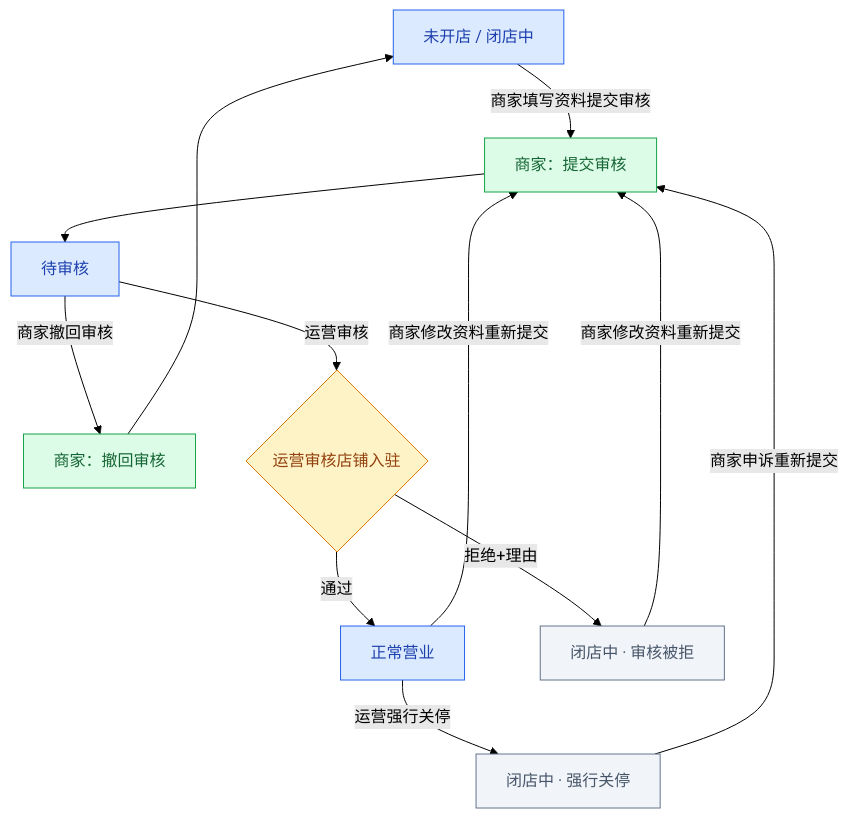
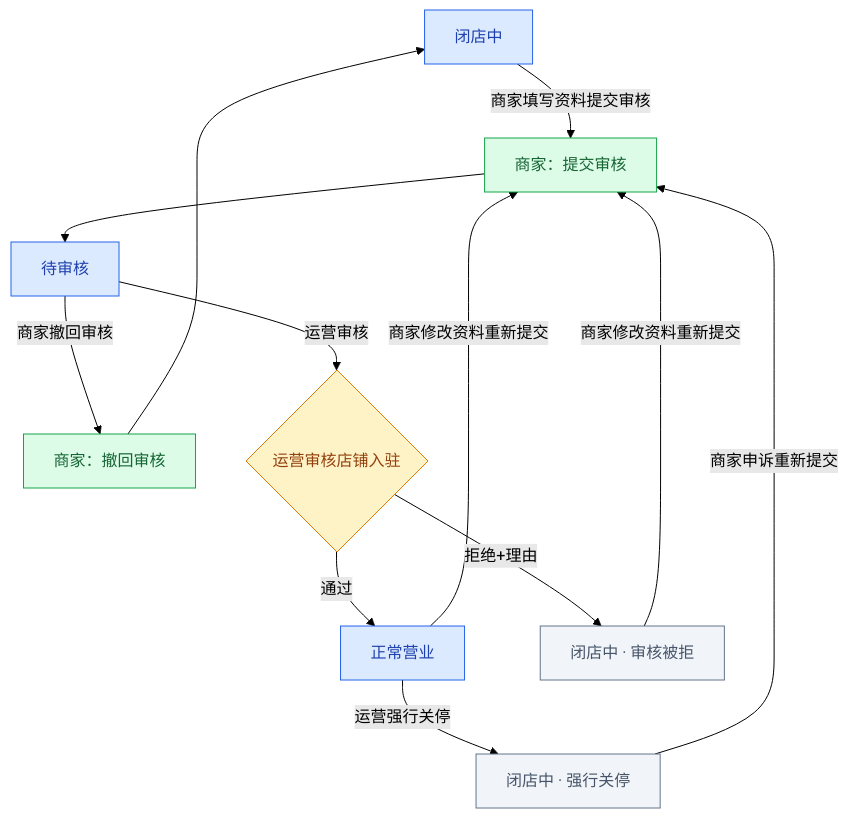
Before and after one commit to barry0-0/sahngliu: the first of 8 diagrams in Summary/字段表整理文档_完整版.md, drawn with Mermaid (forest theme). The commit also changed other lines of this file and 12 other files, not shown here.

````diff
--- a/Summary/字段表整理文档_完整版.md
+++ b/Summary/字段表整理文档_完整版.md
@@ -80,19 +84,19 @@
 ```mermaid
 graph TB
-    A[未开店 / 闭店中]:::state
+    A[闭店中]:::state
     A -->|商家填写资料提交审核| A1[商家：提交审核]:::btn
     A1 --> B[待审核]:::state
     B -->|商家撤回审核| B1[商家：撤回审核]:::btn
     B1 --> A
     B -->|运营审核| C{运营审核店铺入驻}:::judge
     C -->|通过| D[正常营业]:::state
     C -->|拒绝+理由| E[闭店中 · 审核被拒]:::endState
     D -->|商家修改资料重新提交| A1
     D -->|运营强行关停| F[闭店中 · 强行关停]:::endState
     F -->|商家申诉重新提交| A1
     E -->|商家修改资料重新提交| A1
     classDef state fill:#dbeafe,stroke:#2563eb,color:#1e40af
     classDef btn fill:#dcfce7,stroke:#16a34a,color:#166534
     classDef judge fill:#fef3c7,stroke:#d97706,color:#92400e
     classDef endState fill:#f1f5f9,stroke:#64748b,color:#475569
 ```
````
